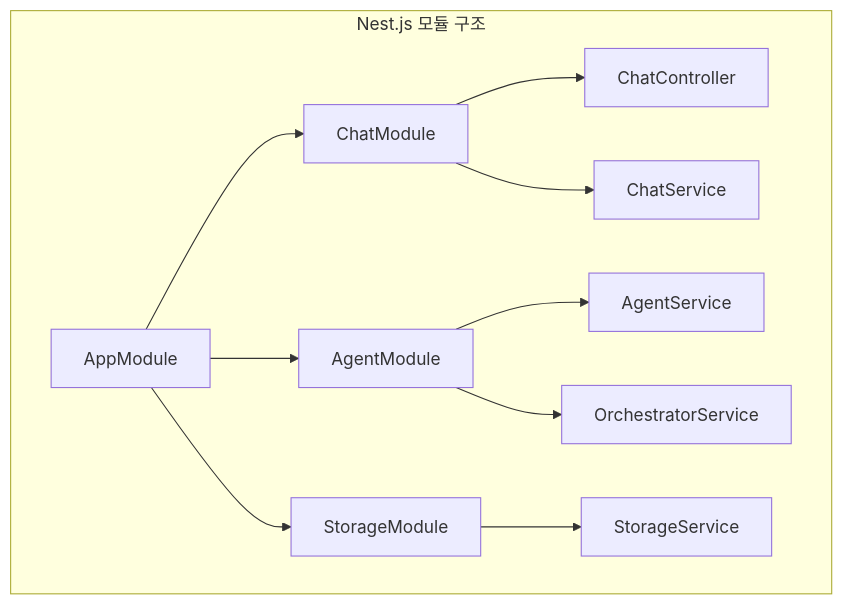
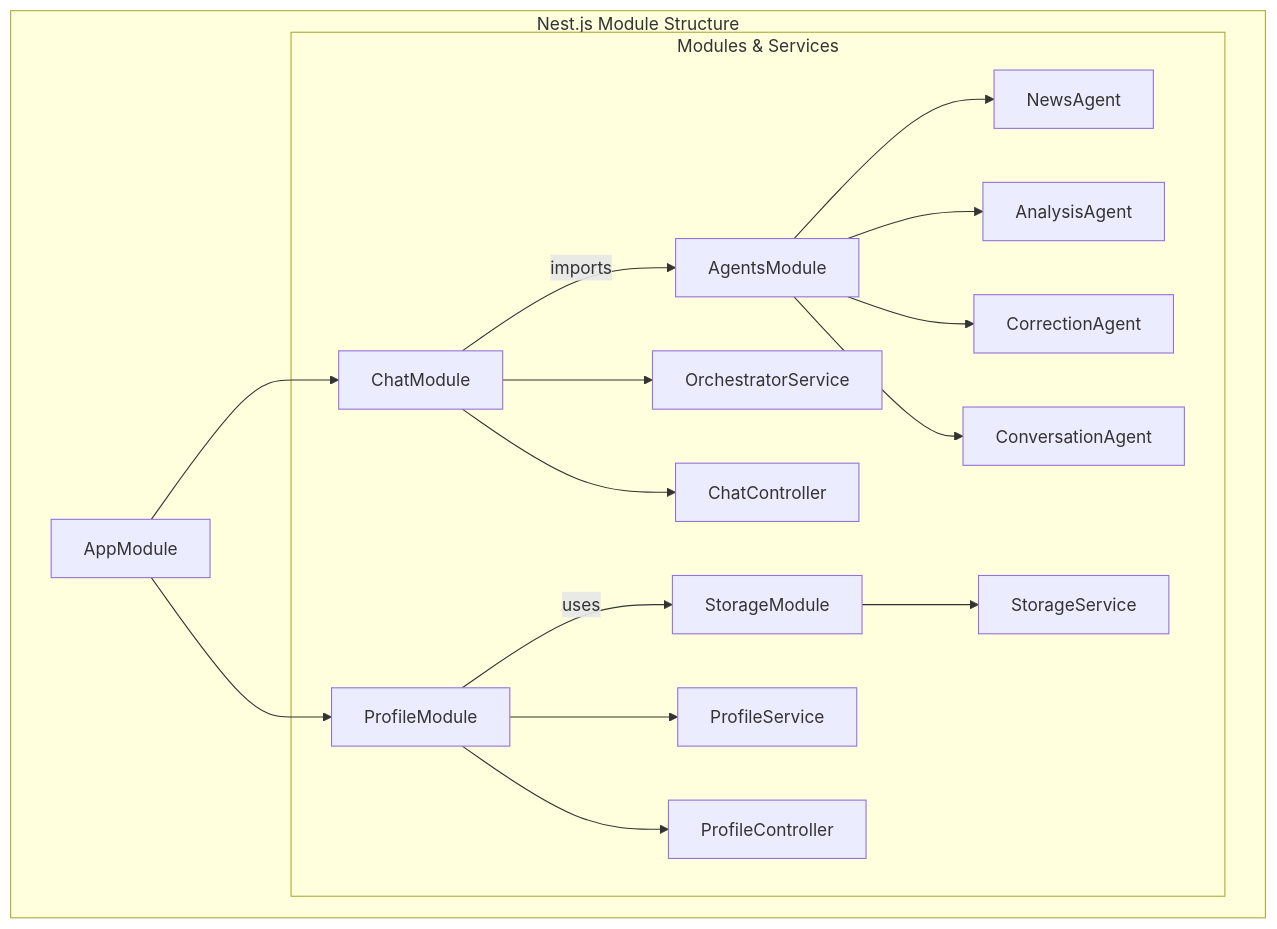
Before and after one commit to glenn-syj/english-tutor: the third of 4 diagrams in documents/architecture.md, drawn with Mermaid. The commit also changed other lines of this file and 5 other files, not shown here.

````diff
--- a/documents/architecture.md
+++ b/documents/architecture.md
@@ -66,9 +68,18 @@
 ```mermaid
-graph TB
-    subgraph "Nest.js 모듈 구조"
-        AppModule --> ChatModule & AgentModule & StorageModule
-        ChatModule --> ChatController & ChatService
-        AgentModule --> AgentService & OrchestratorService
-        StorageModule --> StorageService
+graph TD
+    subgraph "Nest.js Module Structure"
+        AppModule
+        AppModule --> ChatModule
+        AppModule --> ProfileModule
+
+        ChatModule -- imports --> AgentsModule
+        ProfileModule -- uses --> StorageModule
+
+        subgraph "Modules & Services"
+            ChatModule --> OrchestratorService & ChatController
+            AgentsModule --> NewsAgent & AnalysisAgent & CorrectionAgent & ConversationAgent
+            ProfileModule --> ProfileService & ProfileController
+            StorageModule --> StorageService
+        end
     end
 ```
````
